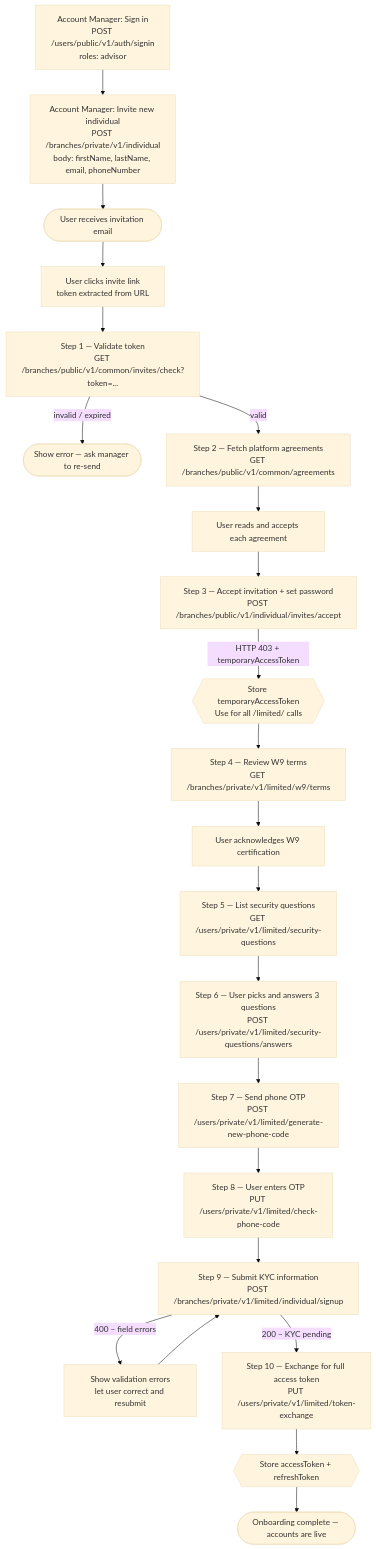
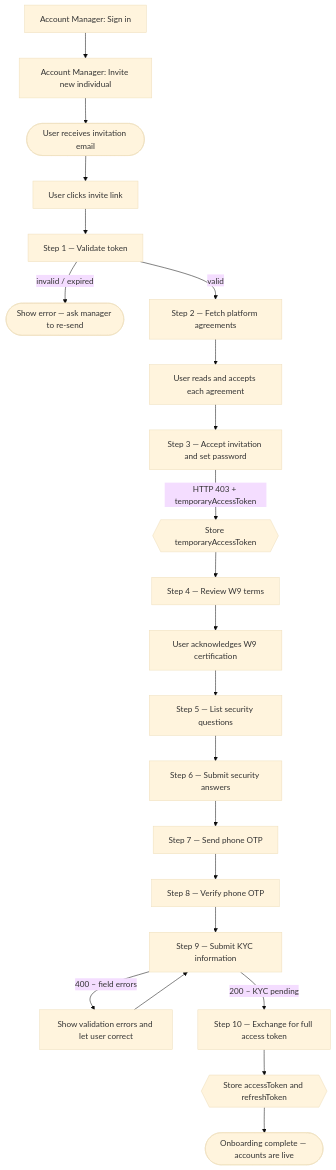
The first of 3 diagrams in docs/Getting Started/getting-started.md (skhan-cpu/readme-paid), drawn with Mermaid (base theme) before and after one commit.

Commit message:
Update doc `getting-started`

````diff
--- a/docs/Getting Started/getting-started.md
+++ b/docs/Getting Started/getting-started.md
@@ -38,34 +38,34 @@
 ```mermaid
 flowchart TD
-    AM0["Account Manager: Sign in\nPOST /users/public/v1/auth/signin\nroles: advisor"]
-    AM0 --> AM1["Account Manager: Invite new individual\nPOST /branches/private/v1/individual\nbody: firstName, lastName, email, phoneNumber"]
+    AM0[Account Manager: Sign in]
+    AM0 --> AM1[Account Manager: Invite new individual]
     AM1 --> A([User receives invitation email])
 
-    A --> B[User clicks invite link\ntoken extracted from URL]
+    A --> B[User clicks invite link]
 
-    B --> C["Step 1 — Validate token\nGET /branches/public/v1/common/invites/check?token=..."]
+    B --> C[Step 1 — Validate token]
     C -->|invalid / expired| ERR1([Show error — ask manager to re-send])
-    C -->|valid| D["Step 2 — Fetch platform agreements\nGET /branches/public/v1/common/agreements"]
+    C -->|valid| D[Step 2 — Fetch platform agreements]
 
     D --> E[User reads and accepts each agreement]
-    E --> F["Step 3 — Accept invitation + set password\nPOST /branches/public/v1/individual/invites/accept"]
+    E --> F[Step 3 — Accept invitation and set password]
 
-    F -->|HTTP 403 + temporaryAccessToken| G{{Store temporaryAccessToken\nUse for all /limited/ calls}}
+    F -->|HTTP 403 + temporaryAccessToken| G{{Store temporaryAccessToken}}
 
-    G --> H["Step 4 — Review W9 terms\nGET /branches/private/v1/limited/w9/terms"]
+    G --> H[Step 4 — Review W9 terms]
     H --> I[User acknowledges W9 certification]
 
-    I --> J["Step 5 — List security questions\nGET /users/private/v1/limited/security-questions"]
-    J --> K["Step 6 — User picks and answers 3 questions\nPOST /users/private/v1/limited/security-questions/answers"]
+    I --> J[Step 5 — List security questions]
+    J --> K[Step 6 — Submit security answers]
 
-    K --> L["Step 7 — Send phone OTP\nPOST /users/private/v1/limited/generate-new-phone-code"]
-    L --> M["Step 8 — User enters OTP\nPUT /users/private/v1/limited/check-phone-code"]
+    K --> L[Step 7 — Send phone OTP]
+    L --> M[Step 8 — Verify phone OTP]
 
-    M --> N["Step 9 — Submit KYC information\nPOST /branches/private/v1/limited/individual/signup"]
-    N -->|400 – field errors| ERR2[Show validation errors\nlet user correct and resubmit]
+    M --> N[Step 9 — Submit KYC information]
+    N -->|400 – field errors| ERR2[Show validation errors and let user correct]
     ERR2 --> N
 
-    N -->|200 – KYC pending| O["Step 10 — Exchange for full access token\nPUT /users/private/v1/limited/token-exchange"]
-    O --> P{{Store accessToken + refreshToken}}
+    N -->|200 – KYC pending| O[Step 10 — Exchange for full access token]
+    O --> P{{Store accessToken and refreshToken}}
     P --> Q([Onboarding complete — accounts are live])
 ```
````
